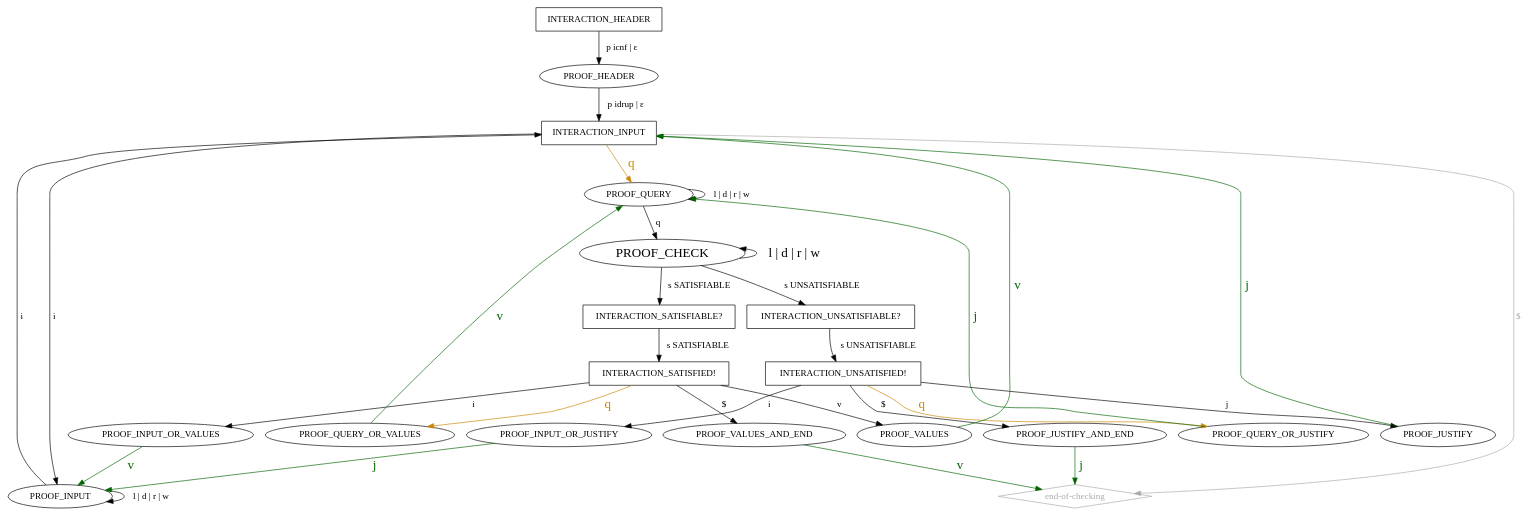
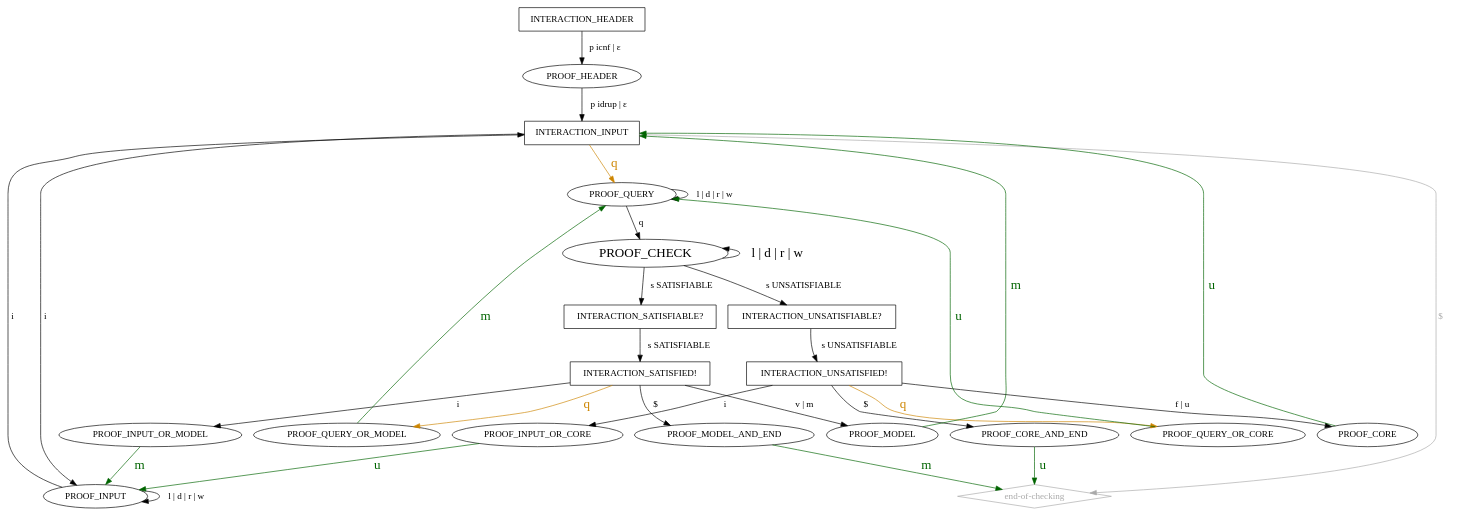
One commit to arminbiere/lidrup-check changed the diagram in idrup-check-strict.dot. Above: the diagram before and after it, drawn with Graphviz. The commit also changed 8 other files, not shown here.

```diff
--- a/idrup-check-strict.dot
+++ b/idrup-check-strict.dot
@@ -1,60 +1,60 @@
 digraph "idrup-check" {
 
   INTERACTION_HEADER [shape=box];
   INTERACTION_HEADER -> PROOF_HEADER [label=" p icnf | ε "];
   PROOF_HEADER -> INTERACTION_INPUT [label=" p idrup | ε "];
 
   "end-of-checking" [shape=diamond,color=darkgray,fontcolor=darkgray];
   "end-of-checking" -> INTERACTION_INPUT [label="$    ",dir=back,color=darkgray,fontcolor=darkgray];
 
   INTERACTION_INPUT [shape=box];
   INTERACTION_INPUT -> PROOF_INPUT [label=" i "];
   INTERACTION_INPUT -> PROOF_QUERY [label=" q ",color=orange3,fontsize=20,fontcolor=orange3];
 
   PROOF_INPUT -> INTERACTION_INPUT [label=" i "];
   PROOF_INPUT -> PROOF_INPUT [label=" l | d | r | w "];
 
   PROOF_QUERY -> PROOF_CHECK [label=" q "];
   PROOF_QUERY -> PROOF_QUERY [label=" l | d | r | w "];
 
   PROOF_CHECK [fontsize=20];
   PROOF_CHECK -> PROOF_CHECK [label=" l | d | r | w ",dir=back,fontsize=20];
   PROOF_CHECK -> INTERACTION_SATISFIABLE [label=" s SATISFIABLE "];
   PROOF_CHECK -> INTERACTION_UNSATISFIABLE [label=" s UNSATISFIABLE "];
 
   INTERACTION_UNSATISFIABLE [shape="box",label="INTERACTION_UNSATISFIABLE?"];
   INTERACTION_UNSATISFIABLE -> INTERACTION_UNSATISFIED [label=" s UNSATISFIABLE "];
 
   INTERACTION_SATISFIABLE [shape="box",label="INTERACTION_SATISFIABLE?"];
   INTERACTION_SATISFIABLE -> INTERACTION_SATISFIED [label=" s SATISFIABLE "];
 
   INTERACTION_SATISFIED [shape=box,label="INTERACTION_SATISFIED!"];
-  INTERACTION_SATISFIED -> PROOF_VALUES [label=" v "];
-  INTERACTION_SATISFIED -> PROOF_INPUT_OR_VALUES [label=" i "];
-  INTERACTION_SATISFIED -> PROOF_QUERY_OR_VALUES [label=" q ", color=orange3,fontsize=20,fontcolor=orange3];
-  INTERACTION_SATISFIED -> PROOF_VALUES_AND_END [label=" $ "];
+  INTERACTION_SATISFIED -> PROOF_MODEL [label=" v | m "];
+  INTERACTION_SATISFIED -> PROOF_INPUT_OR_MODEL [label=" i "];
+  INTERACTION_SATISFIED -> PROOF_QUERY_OR_MODEL [label=" q ", color=orange3,fontsize=20,fontcolor=orange3];
+  INTERACTION_SATISFIED -> PROOF_MODEL_AND_END [label=" $ "];
 
   INTERACTION_UNSATISFIED [shape=box,label="INTERACTION_UNSATISFIED!"];
-  INTERACTION_UNSATISFIED -> PROOF_JUSTIFY [label=" j "];
-  INTERACTION_UNSATISFIED -> PROOF_INPUT_OR_JUSTIFY [label=" i "];
-  INTERACTION_UNSATISFIED -> PROOF_QUERY_OR_JUSTIFY [label=" q ",color=orange3,fontsize=20,fontcolor=orange3];
-  INTERACTION_UNSATISFIED -> PROOF_JUSTIFY_AND_END [label=" $ "];
+  INTERACTION_UNSATISFIED -> PROOF_CORE [label=" f | u "];
+  INTERACTION_UNSATISFIED -> PROOF_INPUT_OR_CORE [label=" i "];
+  INTERACTION_UNSATISFIED -> PROOF_QUERY_OR_CORE [label=" q ",color=orange3,fontsize=20,fontcolor=orange3];
+  INTERACTION_UNSATISFIED -> PROOF_CORE_AND_END [label=" $ "];
 
-  PROOF_VALUES_AND_END -> "end-of-checking" [label=" v ",color=darkgreen,fontsize=20,fontcolor=darkgreen];
-  PROOF_JUSTIFY_AND_END -> "end-of-checking" [label=" j ",color=darkgreen,fontsize=20,fontcolor=darkgreen];
+  PROOF_MODEL_AND_END -> "end-of-checking" [label=" m ",color=darkgreen,fontsize=20,fontcolor=darkgreen];
+  PROOF_CORE_AND_END -> "end-of-checking" [label=" u ",color=darkgreen,fontsize=20,fontcolor=darkgreen];
 
-  PROOF_VALUES -> INTERACTION_INPUT [label=" v ",color=darkgreen,fontsize=20,fontcolor=darkgreen];
-  PROOF_JUSTIFY -> INTERACTION_INPUT [label=" j ",color=darkgreen,fontsize=20,fontcolor=darkgreen];
+  PROOF_MODEL -> INTERACTION_INPUT [label=" m ",color=darkgreen,fontsize=20,fontcolor=darkgreen];
+  PROOF_CORE -> INTERACTION_INPUT [label=" u ",color=darkgreen,fontsize=20,fontcolor=darkgreen];
 
-  PROOF_INPUT_OR_VALUES -> INTERACTION_INPUT [label=" i ",color=invis,fontcolor=invis];
-  PROOF_INPUT_OR_VALUES -> PROOF_INPUT [label=" v ", color=darkgreen,fontcolor=darkgreen,fontsize=20];
+  PROOF_INPUT_OR_MODEL -> INTERACTION_INPUT [label=" i ",color=invis,fontcolor=invis];
+  PROOF_INPUT_OR_MODEL -> PROOF_INPUT [label=" m ", color=darkgreen,fontcolor=darkgreen,fontsize=20];
 
-  PROOF_QUERY_OR_VALUES -> PROOF_QUERY [label=" v ",color=darkgreen,fontcolor=darkgreen,fontsize=20];
-  PROOF_QUERY_OR_VALUES -> PROOF_CHECK [label=" q ",color=invis,fontcolor=invis];
+  PROOF_QUERY_OR_MODEL -> PROOF_QUERY [label=" m ",color=darkgreen,fontcolor=darkgreen,fontsize=20];
+  PROOF_QUERY_OR_MODEL -> PROOF_CHECK [label=" q ",color=invis,fontcolor=invis];
 
-  PROOF_QUERY_OR_JUSTIFY -> PROOF_QUERY [label=" j ",color=darkgreen,fontcolor=darkgreen,fontsize=20];
-  PROOF_QUERY_OR_JUSTIFY -> PROOF_CHECK [label=" q ",color=invis,fontcolor=invis];
+  PROOF_QUERY_OR_CORE -> PROOF_QUERY [label=" u ",color=darkgreen,fontcolor=darkgreen,fontsize=20];
+  PROOF_QUERY_OR_CORE -> PROOF_CHECK [label=" q ",color=invis,fontcolor=invis];
 
-  PROOF_INPUT_OR_JUSTIFY -> PROOF_INPUT [label=" j ",color=darkgreen,fontcolor=darkgreen,fontsize=20];
-  PROOF_INPUT_OR_JUSTIFY -> INTERACTION_INPUT [label=" i ",color=invis,fontcolor=invis];
+  PROOF_INPUT_OR_CORE -> PROOF_INPUT [label=" u ",color=darkgreen,fontcolor=darkgreen,fontsize=20];
+  PROOF_INPUT_OR_CORE -> INTERACTION_INPUT [label=" i ",color=invis,fontcolor=invis];
 }
```
